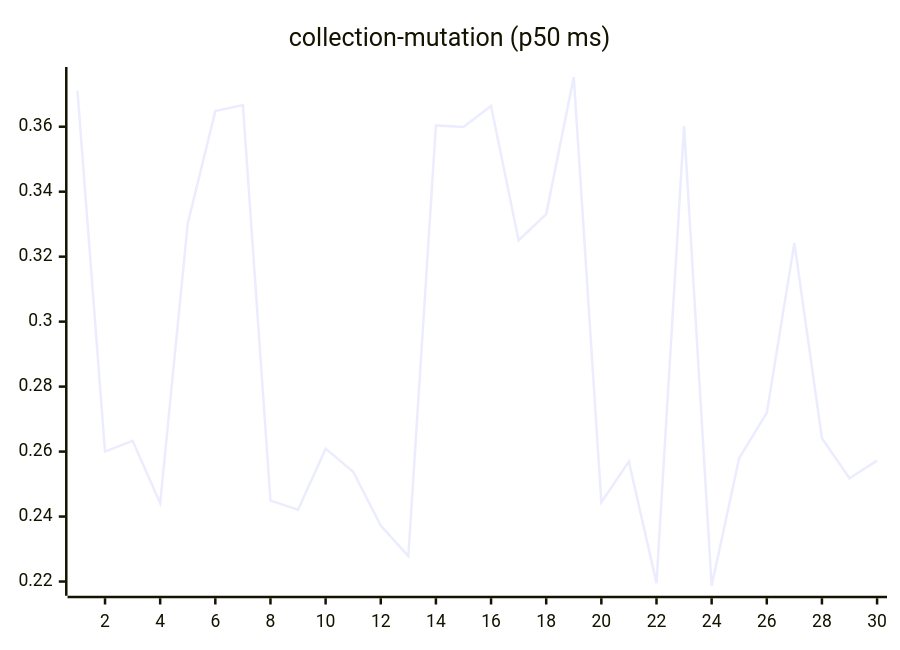
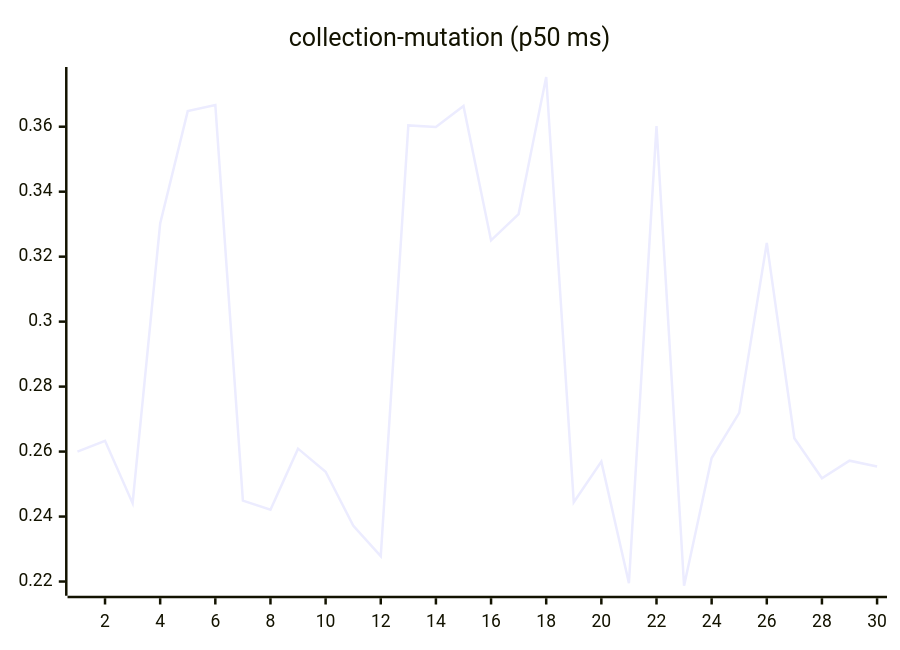
One commit to josha/Facet changed the sixth of 27 diagrams in README.md. Above: the diagram before and after it, drawn with Mermaid. The commit also changed other lines of this file and 2 other files, not shown here.

````diff
--- a/README.md
+++ b/README.md
@@ -98,6 +98,6 @@
 ```mermaid
 xychart-beta
     title "collection-mutation (p50 ms)"
     x-axis 1 --> 30
-    line [0.3710, 0.2600, 0.2633, 0.2441, 0.3302, 0.3648, 0.3667, 0.2449, 0.2421, 0.2609, 0.2538, 0.2372, 0.2278, 0.3604, 0.3599, 0.3664, 0.3250, 0.3331, 0.3753, 0.2444, 0.2569, 0.2195, 0.3602, 0.2187, 0.2580, 0.2719, 0.3242, 0.2641, 0.2518, 0.2572]
+    line [0.2600, 0.2633, 0.2441, 0.3302, 0.3648, 0.3667, 0.2449, 0.2421, 0.2609, 0.2538, 0.2372, 0.2278, 0.3604, 0.3599, 0.3664, 0.3250, 0.3331, 0.3753, 0.2444, 0.2569, 0.2195, 0.3602, 0.2187, 0.2580, 0.2719, 0.3242, 0.2641, 0.2518, 0.2572, 0.2554]
 ```
````
